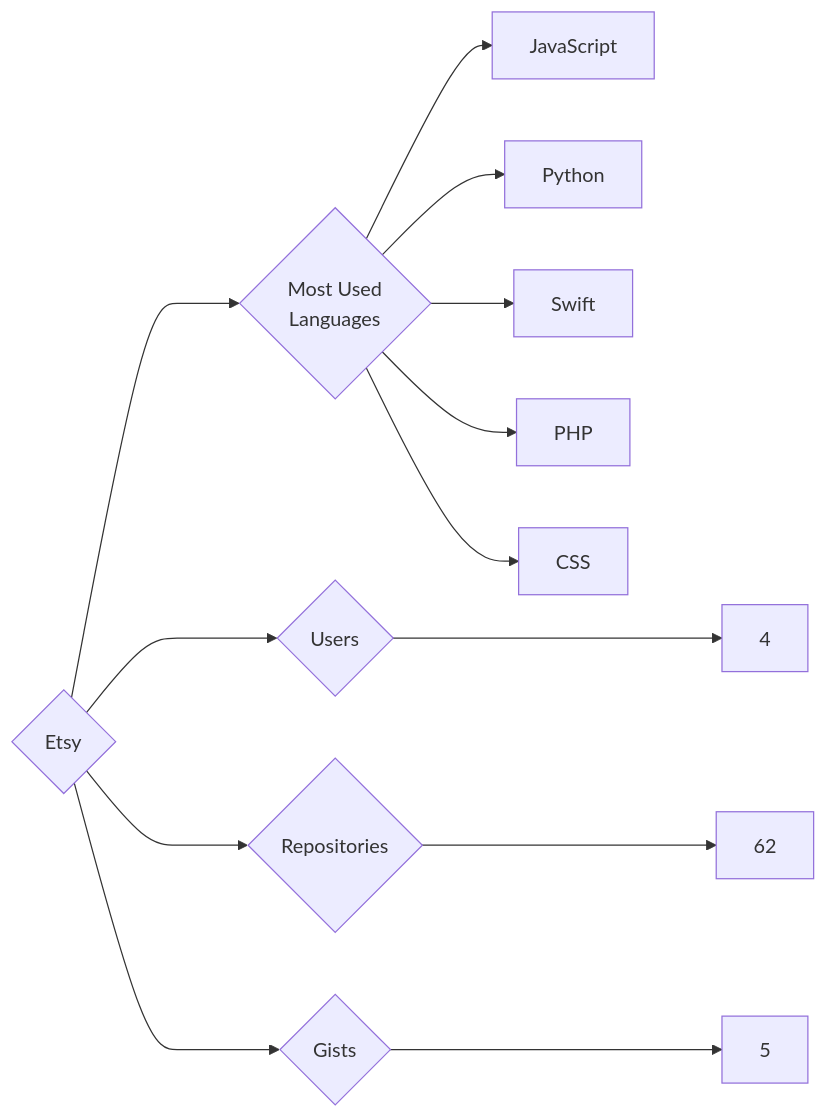
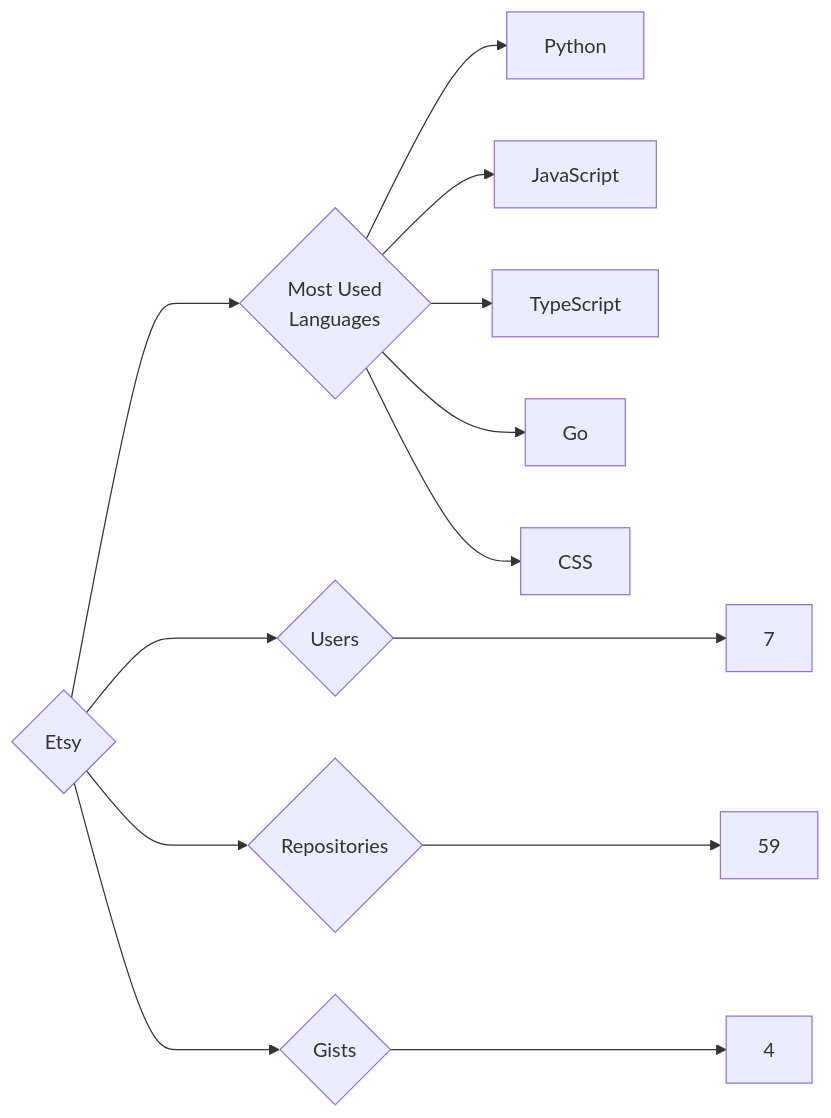
Before and after one commit to trickest/insiders: the diagram in targets/Etsy/README.md, drawn with Mermaid. The commit also changed 1123 other files, not shown here.

````diff
--- a/targets/Etsy/README.md
+++ b/targets/Etsy/README.md
@@ -3,13 +3,13 @@
 ```mermaid
 graph LR
 COMPANY_NAME{Etsy}
-COMPANY_NAME ---> U{Users} ---> UN[4]
-COMPANY_NAME ---> R{Repositories} ---> RN[62]
-COMPANY_NAME ---> G{Gists} ---> GN[5]
+COMPANY_NAME ---> U{Users} ---> UN[7]
+COMPANY_NAME ---> R{Repositories} ---> RN[59]
+COMPANY_NAME ---> G{Gists} ---> GN[4]
 COMPANY_NAME ---> ML{Most Used<br>Languages}
+ML --> Python[Python]
 ML --> JavaScript[JavaScript]
-ML --> Python[Python]
-ML --> Swift[Swift]
-ML --> PHP[PHP]
+ML --> TypeScript[TypeScript]
+ML --> Go[Go]
 ML --> CSS[CSS]
 ```
````
